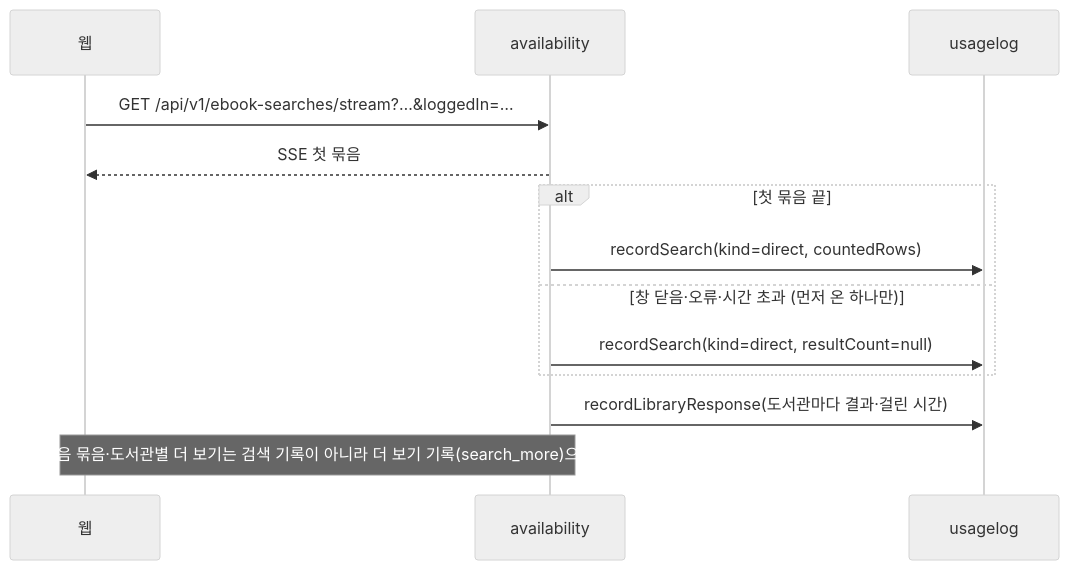
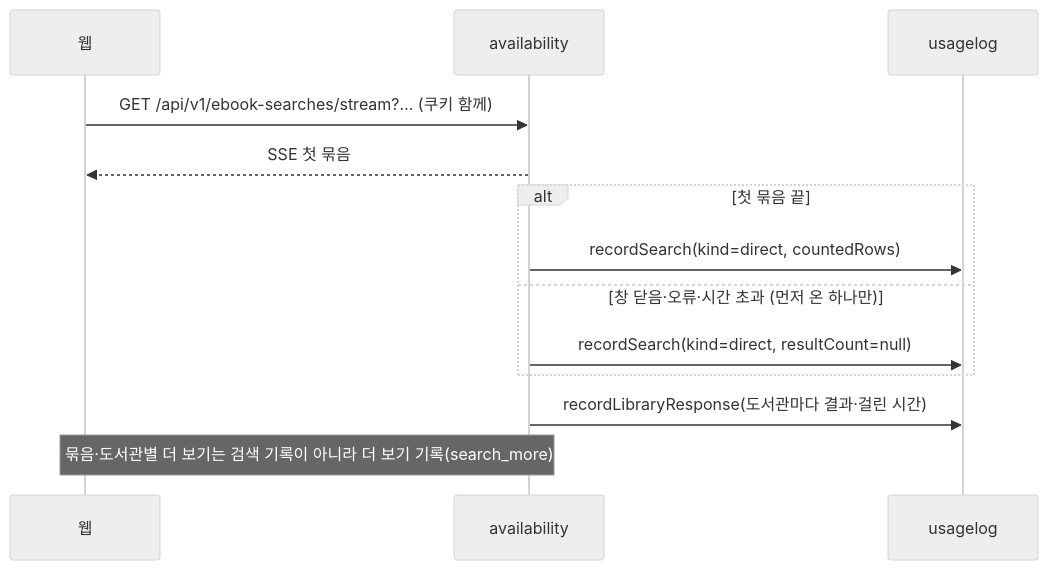
The third of 7 diagrams in docs/cycles/15-usage-log/design-delta.md (hodu-sketch/chaekcheck-plan), drawn with Mermaid (neutral theme) before and after one commit. The commit also changed other lines of this file and 2 other files, not shown here.

Commit message:
cycle 15: design draft cleaned for server-side login status (no loggedIn param), diagrams redrawn

````diff
--- a/docs/cycles/15-usage-log/design-delta.md
+++ b/docs/cycles/15-usage-log/design-delta.md
@@ -47,15 +49,15 @@
 ```mermaid
 sequenceDiagram
   participant W as 웹
   participant A as availability
   participant U as usagelog
-  W->>A: GET /api/v1/ebook-searches/stream?…&loggedIn=…
+  W->>A: GET /api/v1/ebook-searches/stream?… (쿠키 함께)
   A-->>W: SSE 첫 묶음
   alt 첫 묶음 끝
     A->>U: recordSearch(kind=direct, countedRows)
   else 창 닫음·오류·시간 초과 (먼저 온 하나만)
     A->>U: recordSearch(kind=direct, resultCount=null)
   end
   A->>U: recordLibraryResponse(도서관마다 결과·걸린 시간)
   Note over W,A: 다음 묶음·도서관별 더 보기는 검색 기록이 아니라 더 보기 기록(search_more)으로
 ```
````
